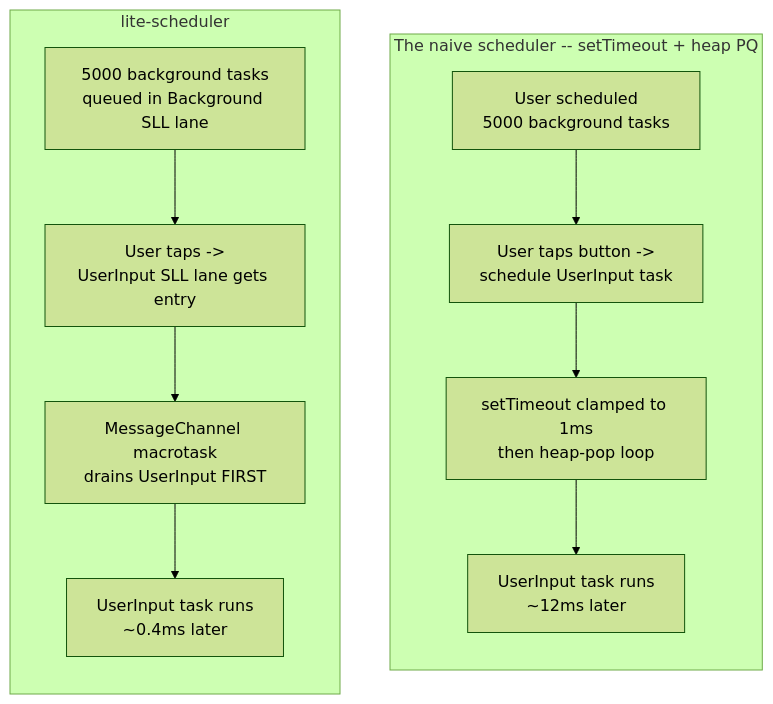
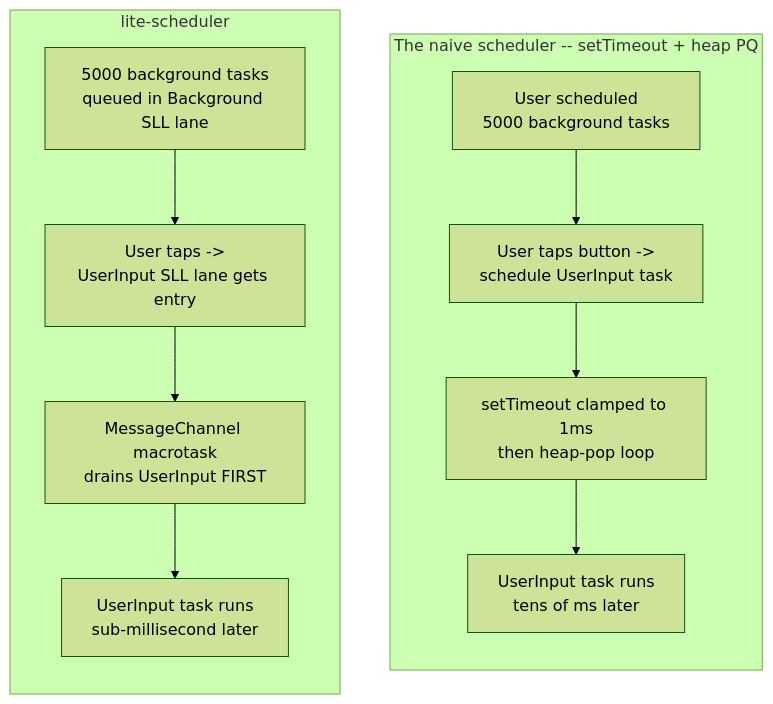
The first of 2 diagrams in README.md (PeshoVurtoleta/lite-scheduler), drawn with Mermaid (forest theme) before and after one commit. The commit also changed other lines of this file and 11 other files, not shown here.

````diff
--- a/README.md
+++ b/README.md
@@ -64,19 +132,19 @@
 ```mermaid
 flowchart TB
     subgraph N["The naive scheduler -- setTimeout + heap PQ"]
         direction TB
         N1["User scheduled<br/>5000 background tasks"]
         N2["User taps button -><br/>schedule UserInput task"]
         N3["setTimeout clamped to 1ms<br/>then heap-pop loop"]
-        N4["UserInput task runs<br/>~12ms later"]
+        N4["UserInput task runs<br/>tens of ms later"]
         N1 --> N2 --> N3 --> N4
     end
     subgraph A["lite-scheduler"]
         direction TB
         A1["5000 background tasks<br/>queued in Background SLL lane"]
         A2["User taps -><br/>UserInput SLL lane gets entry"]
         A3["MessageChannel macrotask<br/>drains UserInput FIRST"]
-        A4["UserInput task runs<br/>~0.4ms later"]
+        A4["UserInput task runs<br/>sub-millisecond later"]
         A1 --> A2 --> A3 --> A4
     end
 ```
````
